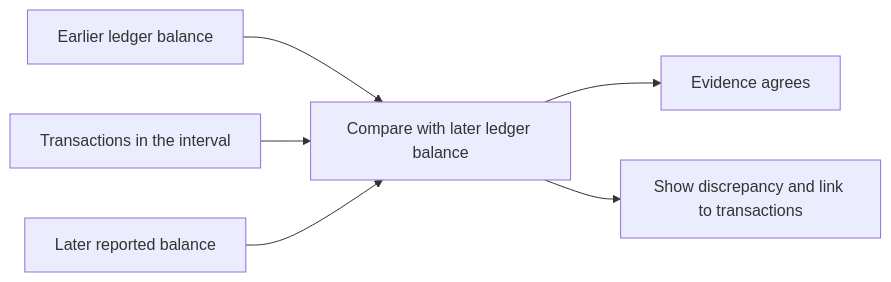
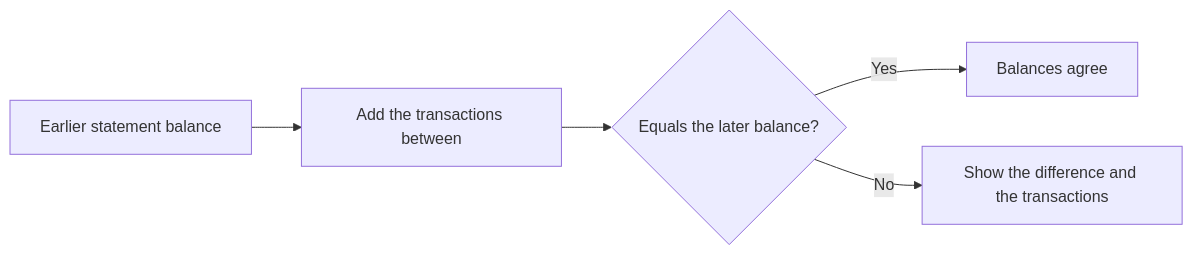
Before and after one commit to spinningyoyo/omsync: the second of 3 diagrams in docs/architecture/accounts.md, drawn with Mermaid. The commit also changed other lines of this file and 140 other files, not shown here.

````diff
--- a/docs/architecture/accounts.md
+++ b/docs/architecture/accounts.md
@@ -70,8 +24,7 @@
 ```mermaid
 flowchart LR
-    Earlier[Earlier ledger balance] --> Check[Compare with later ledger balance]
-    Activity[Transactions in the interval] --> Check
-    Later[Later reported balance] --> Check
-    Check --> Agrees[Evidence agrees]
-    Check --> Issue[Show discrepancy and link to transactions]
+    Earlier[Earlier statement balance] --> Sum[Add the transactions between]
+    Sum --> Compare{Equals the later balance?}
+    Compare -->|Yes| Agrees[Balances agree]
+    Compare -->|No| Issue[Show the difference and the transactions]
 ```
````
